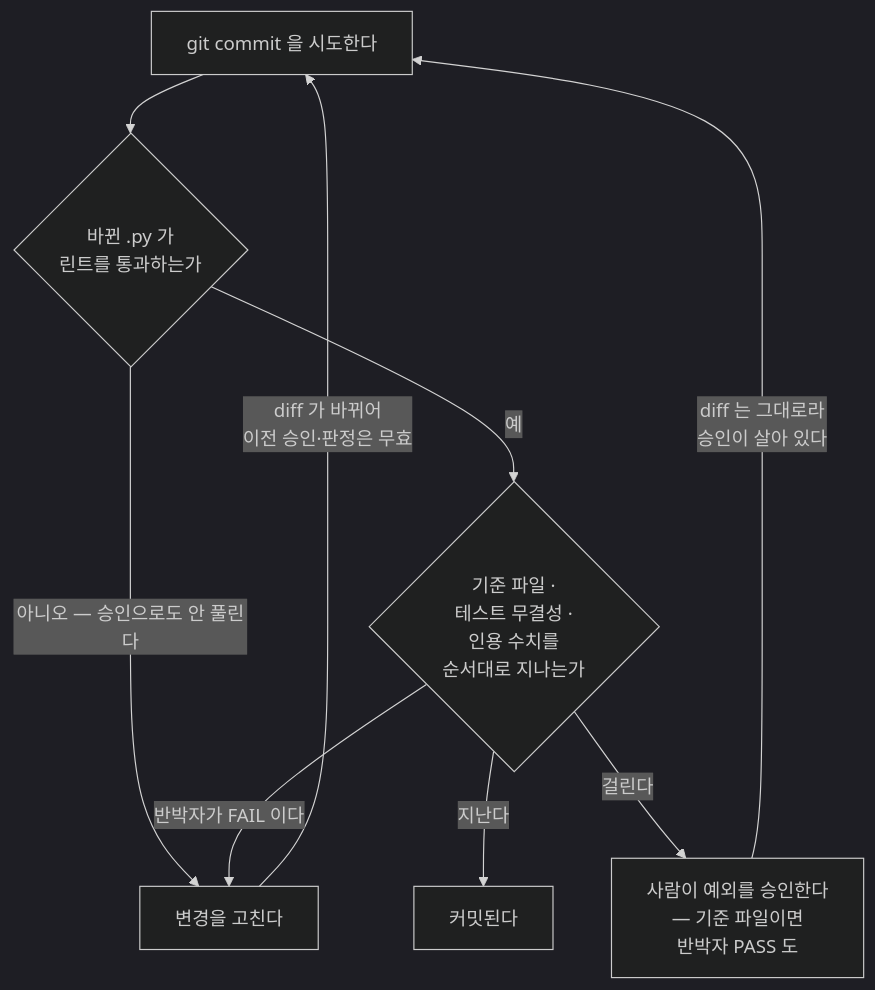
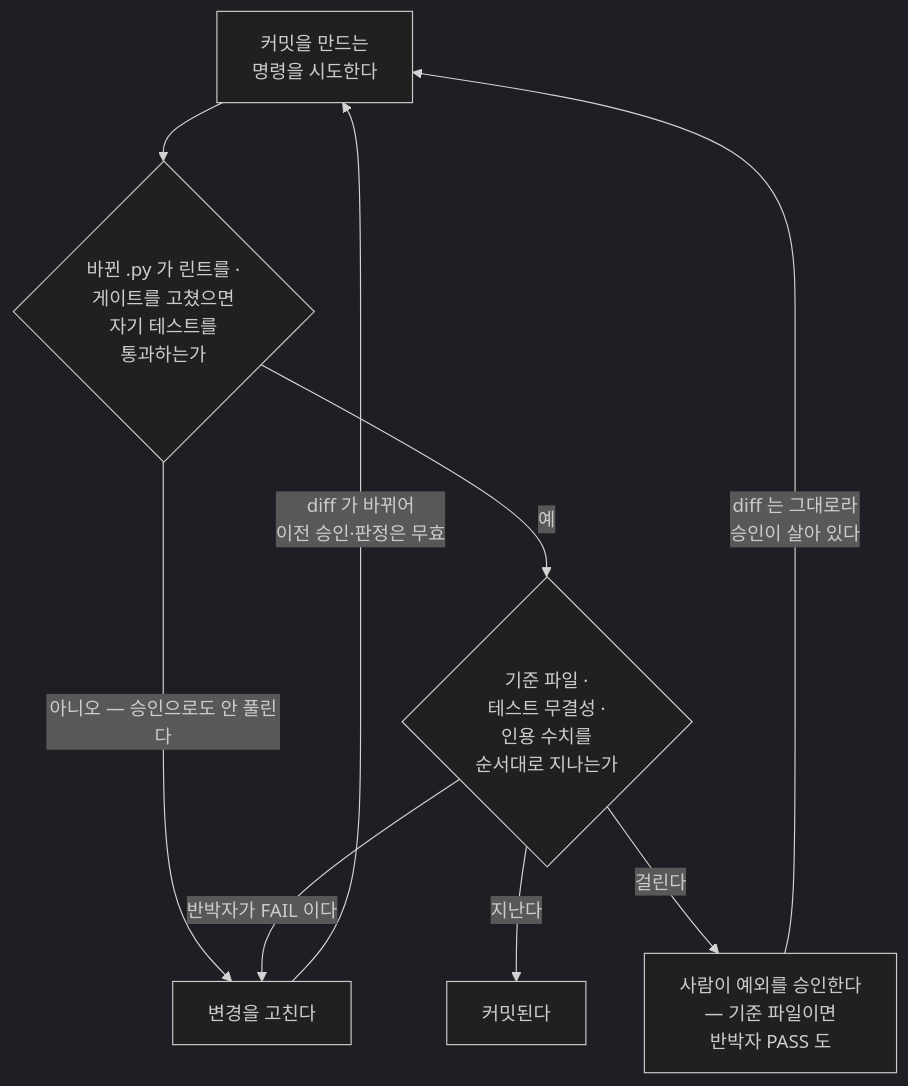
The second of 2 diagrams in CLAUDE.md (groovallstar/ner-pipeline-public), drawn with Mermaid (dark theme) before and after one commit. The commit also changed other lines of this file and 4 other files, not shown here.

````diff
--- a/CLAUDE.md
+++ b/CLAUDE.md
@@ -81,11 +81,11 @@
 ```mermaid
 flowchart TD
-    C["git commit 을 시도한다"] --> L{"바뀐 .py 가<br/>린트를 통과하는가"}
+    C["커밋을 만드는<br/>명령을 시도한다"] --> L{"바뀐 .py 가 린트를 ·<br/>게이트를 고쳤으면<br/>자기 테스트를<br/>통과하는가"}
     L -->|"아니오 — 승인으로도 안 풀린다"| FIX["변경을 고친다"]
     L -->|"예"| K{"기준 파일 ·<br/>테스트 무결성 ·<br/>인용 수치를<br/>순서대로 지나는가"}
     K -->|"지난다"| OK["커밋된다"]
     K -->|"걸린다"| ASK["사람이 예외를 승인한다<br/>— 기준 파일이면<br/>반박자 PASS 도"]
     K -->|"반박자가 FAIL 이다"| FIX
     ASK -->|"diff 는 그대로라<br/>승인이 살아 있다"| C
     FIX -->|"diff 가 바뀌어<br/>이전 승인·판정은 무효"| C
 ```
````
